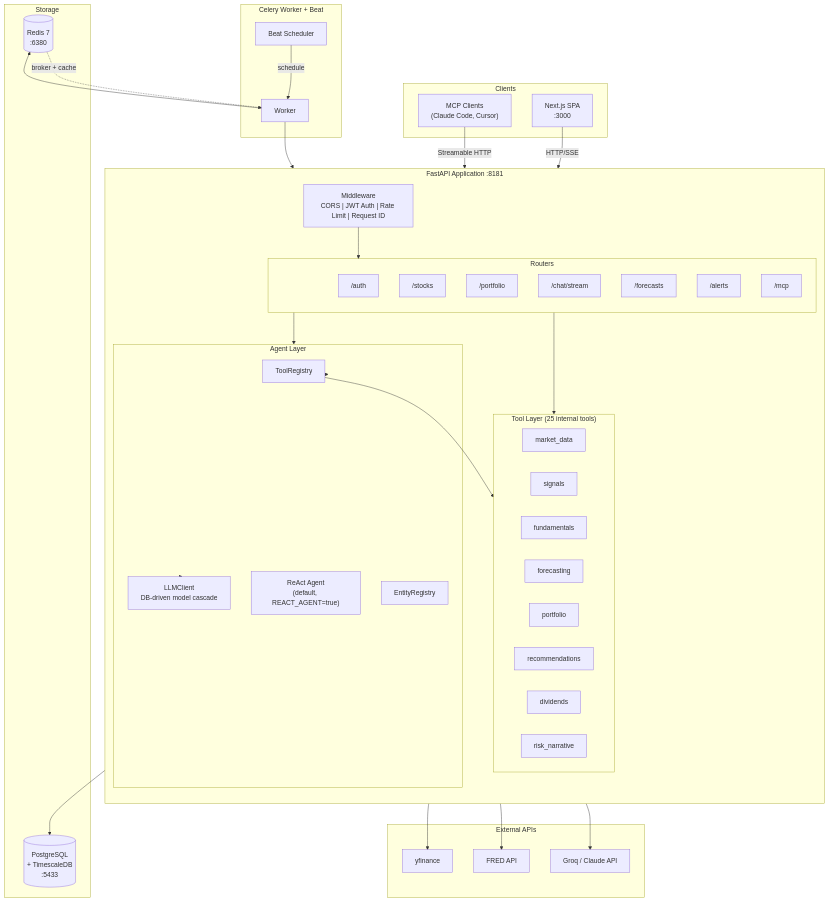
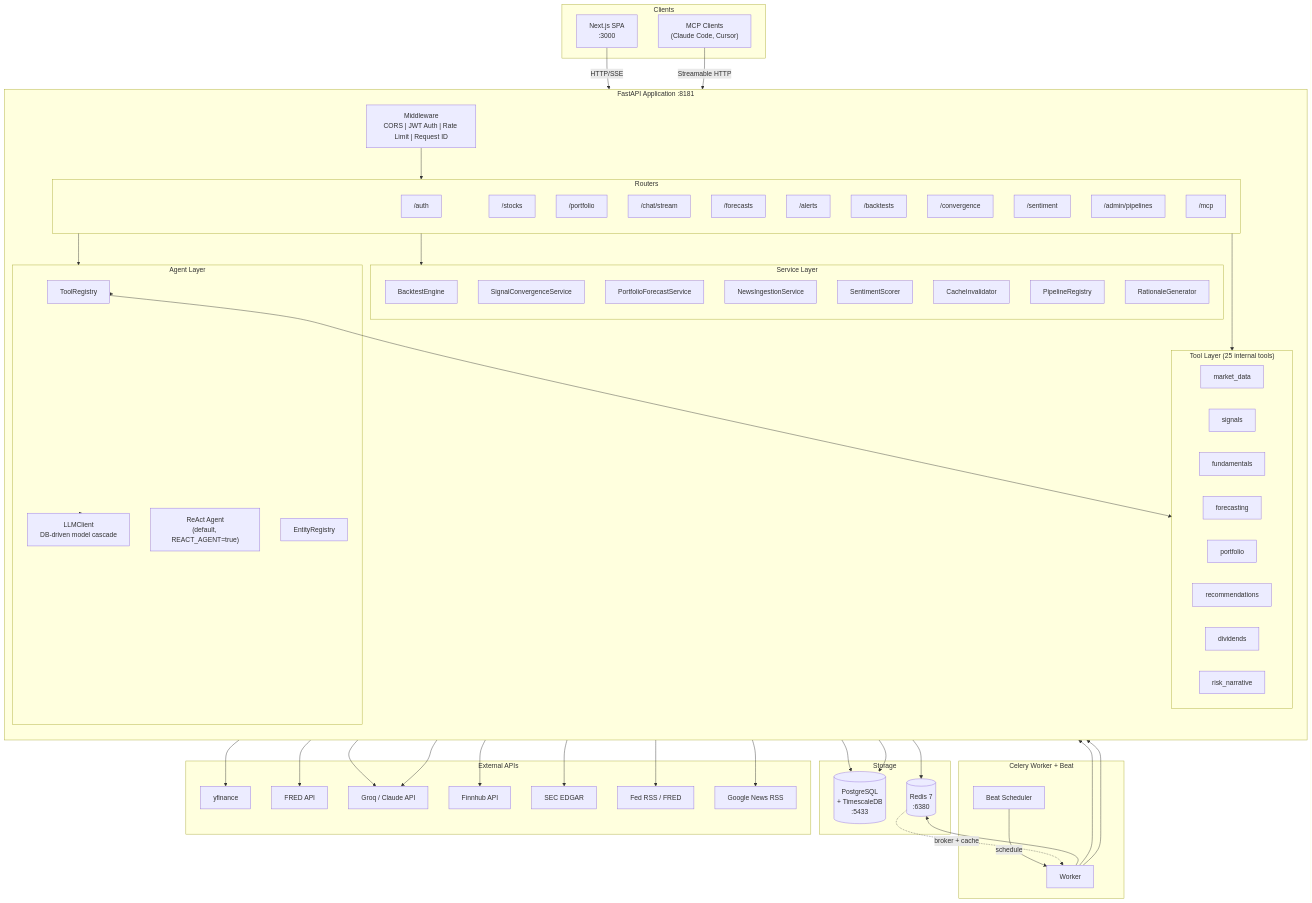
One commit to vipulbhatia29/stock-signal-platform changed the first of 8 diagrams in docs/TDD.md. Above: the diagram before and after it, drawn with Mermaid. The commit also changed other lines of this file and 5 other files, not shown here.

````diff
--- a/docs/TDD.md
+++ b/docs/TDD.md
@@ -40,6 +40,10 @@
             R_Chat["/chat/stream"]
             R_Forecast["/forecasts"]
             R_Alerts["/alerts"]
+            R_Backtest["/backtests"]
+            R_Convergence["/convergence"]
+            R_Sentiment["/sentiment"]
+            R_Pipelines["/admin/pipelines"]
             R_MCP["/mcp"]
         end
 
@@ -52,6 +56,17 @@
             T_Recs["recommendations"]
             T_Divs["dividends"]
             T_Risk["risk_narrative"]
+        end
+
+        subgraph Services["Service Layer"]
+            S_BT["BacktestEngine"]
+            S_Conv["SignalConvergenceService"]
+            S_PF["PortfolioForecastService"]
+            S_News["NewsIngestionService"]
+            S_Sent["SentimentScorer"]
+            S_Cache["CacheInvalidator"]
+            S_Pipe["PipelineRegistry"]
+            S_Rat["RationaleGenerator"]
         end
 
         subgraph Agents["Agent Layer"]
@@ -76,20 +91,33 @@
         YF["yfinance"]
         FRED["FRED API"]
         Groq["Groq / Claude API"]
+        Finnhub["Finnhub API"]
+        EDGAR["SEC EDGAR"]
+        FedRSS["Fed RSS / FRED"]
+        GNews["Google News RSS"]
     end
 
     NextJS -->|HTTP/SSE| MW
     MCP_Client -->|Streamable HTTP| R_MCP
     MW --> Routers
     Routers --> Tools
+    Routers --> Services
     Routers --> Agents
     Agents --> TR --> Tools
     Agents --> LLM --> Groq
+    Services --> PG
     Tools --> PG
     Tools --> YF
     Tools --> FRED
+    S_News --> Finnhub
+    S_News --> EDGAR
+    S_News --> FedRSS
+    S_News --> GNews
+    S_Sent --> Groq
+    S_Cache --> Redis
     CB -->|schedule| CW
     CW --> Tools
+    CW --> Services
     CW --> Redis
     Redis -.->|broker + cache| CW
 ```
````
